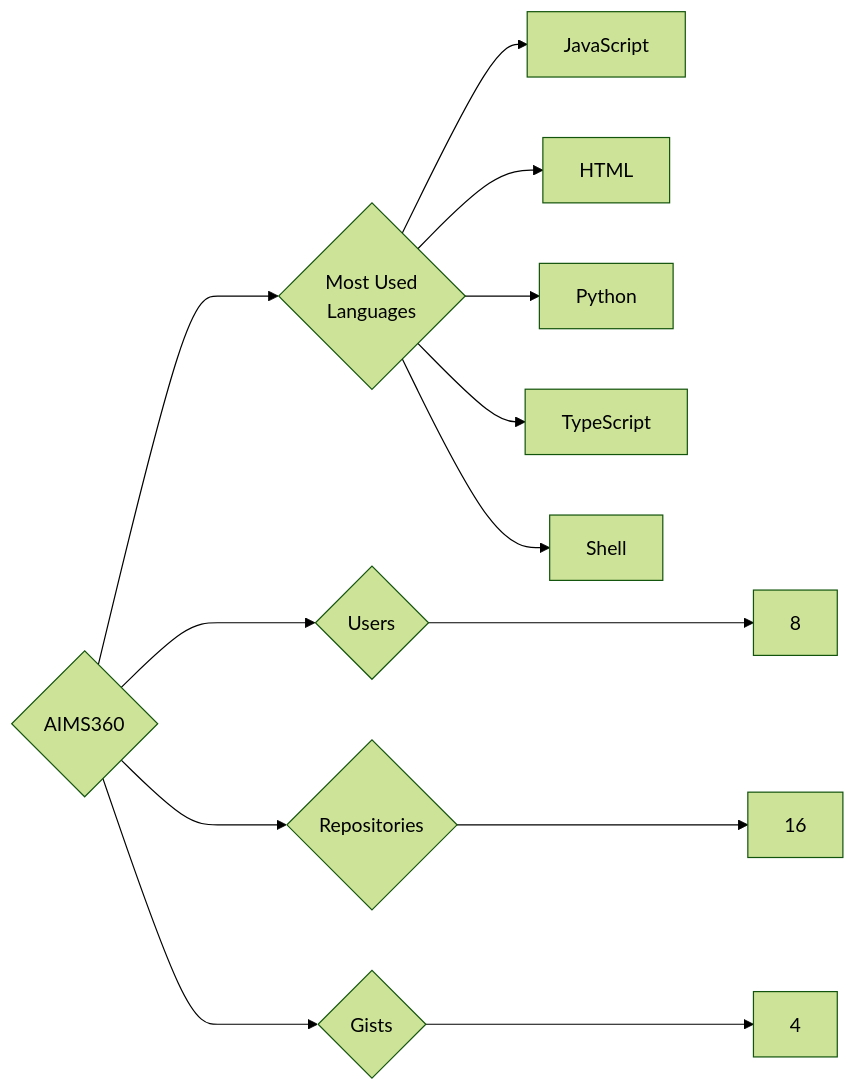
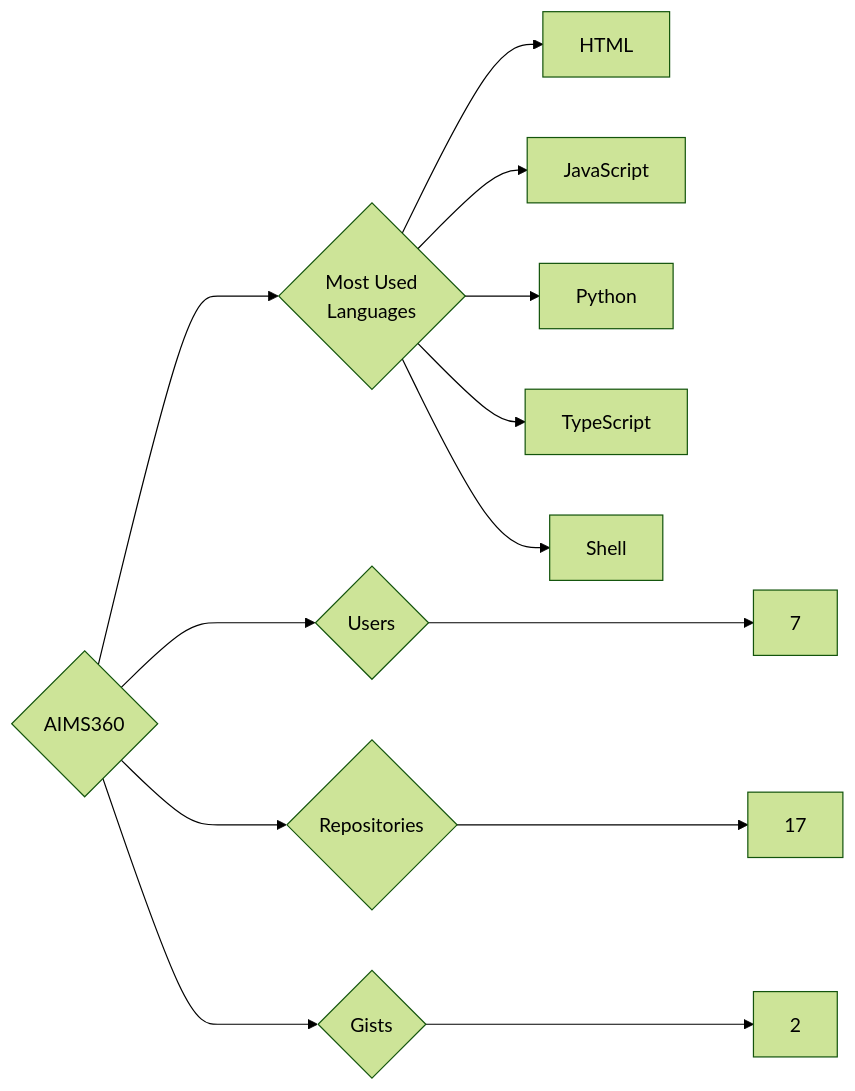
One commit to trickest/insiders changed the diagram in targets/AIMS360/README.md. Above: the diagram before and after it, drawn with Mermaid (forest theme). The commit also changed 1167 other files, not shown here.

````diff
--- a/targets/AIMS360/README.md
+++ b/targets/AIMS360/README.md
@@ -3,13 +3,13 @@
 ```mermaid
 graph LR
 COMPANY_NAME{AIMS360}
-COMPANY_NAME ---> U{Users} ---> UN[8]
-COMPANY_NAME ---> R{Repositories} ---> RN[16]
-COMPANY_NAME ---> G{Gists} ---> GN[4]
+COMPANY_NAME ---> U{Users} ---> UN[7]
+COMPANY_NAME ---> R{Repositories} ---> RN[17]
+COMPANY_NAME ---> G{Gists} ---> GN[2]
 COMPANY_NAME ---> ML{Most Used<br>Languages}
+ML --> HTML[HTML]
 ML --> JavaScript[JavaScript]
-ML --> HTML[HTML]
 ML --> Python[Python]
 ML --> TypeScript[TypeScript]
 ML --> Shell[Shell]
 ```
````
